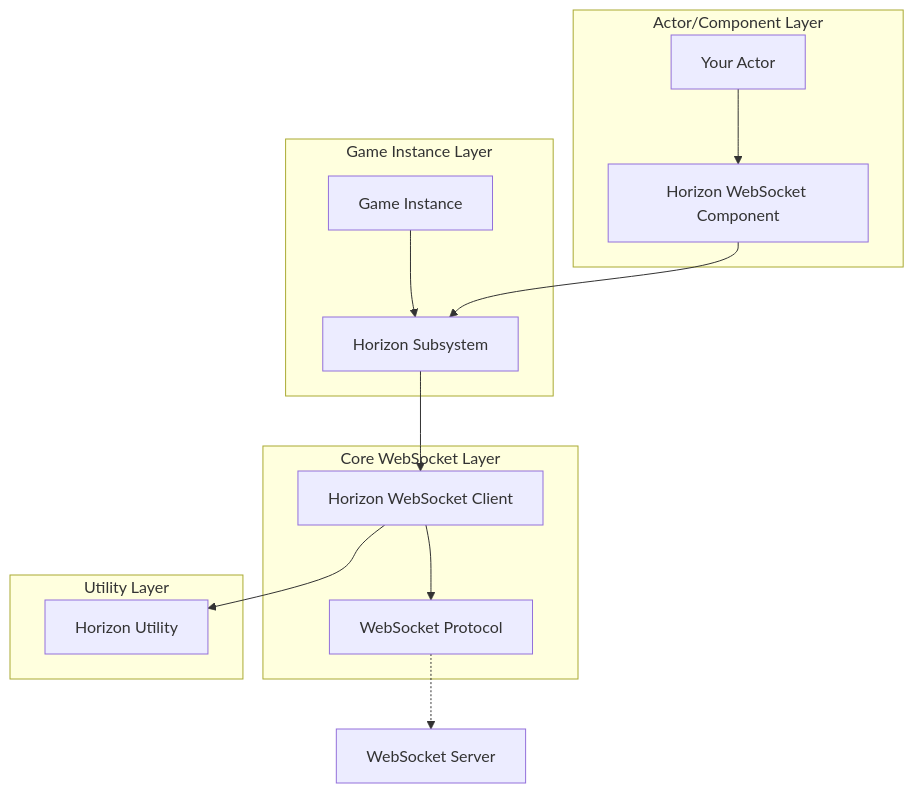
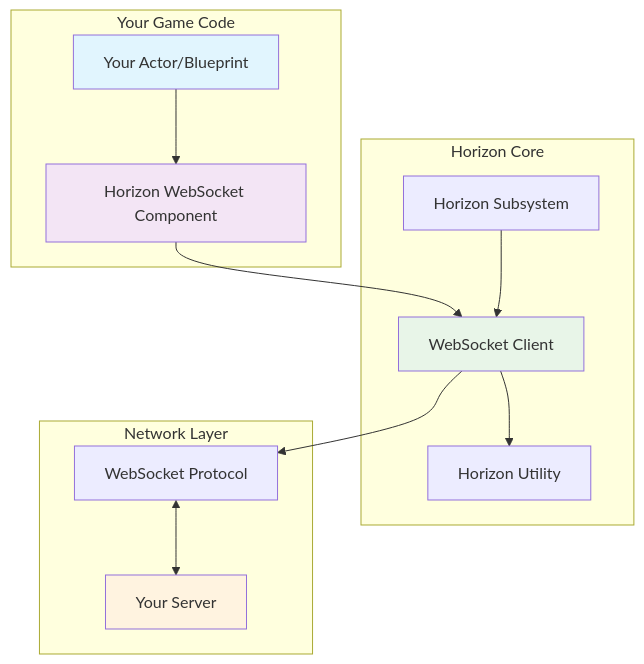
Before and after one commit to Tuafo/Horizon-Plugin-UE5-test: the first of 5 diagrams in README.md, drawn with Mermaid. The commit also changed other lines of this file, not shown here.

Commit message:
Update README graphs and examples to reflect simplified SocketIOClient-style architecture

````diff
--- a/README.md
+++ b/README.md
@@ -19,31 +19,31 @@
 ```mermaid
 graph TD
-    subgraph "Game Instance Layer"
-        GI[Game Instance]
-        HS[Horizon Subsystem]
-        GI --> HS
-    end
-    
-    subgraph "Actor/Component Layer"
-        AC[Your Actor]
+    subgraph "Your Game Code"
+        AC[Your Actor/Blueprint]
         HC[Horizon WebSocket Component]
         AC --> HC
     end
     
-    subgraph "Core WebSocket Layer"
-        WC[Horizon WebSocket Client]
+    subgraph "Horizon Core"
+        HS[Horizon Subsystem]
+        WC[WebSocket Client]
+        HU[Horizon Utility]
+        
+        HC --> WC
+        WC --> HU
+        HS --> WC
+    end
+    
+    subgraph "Network Layer"
         WP[WebSocket Protocol]
+        SERVER[Your Server]
         
         WC --> WP
+        WP <--> SERVER
     end
     
-    subgraph "Utility Layer"
-        HU[Horizon Utility]
-    end
-    
-    HC --> HS
-    HS --> WC
-    WC --> HU
-    
-    WP -.-> SERVER[WebSocket Server]
+    style AC fill:#e1f5fe
+    style HC fill:#f3e5f5
+    style WC fill:#e8f5e8
+    style SERVER fill:#fff3e0
 ```
````
